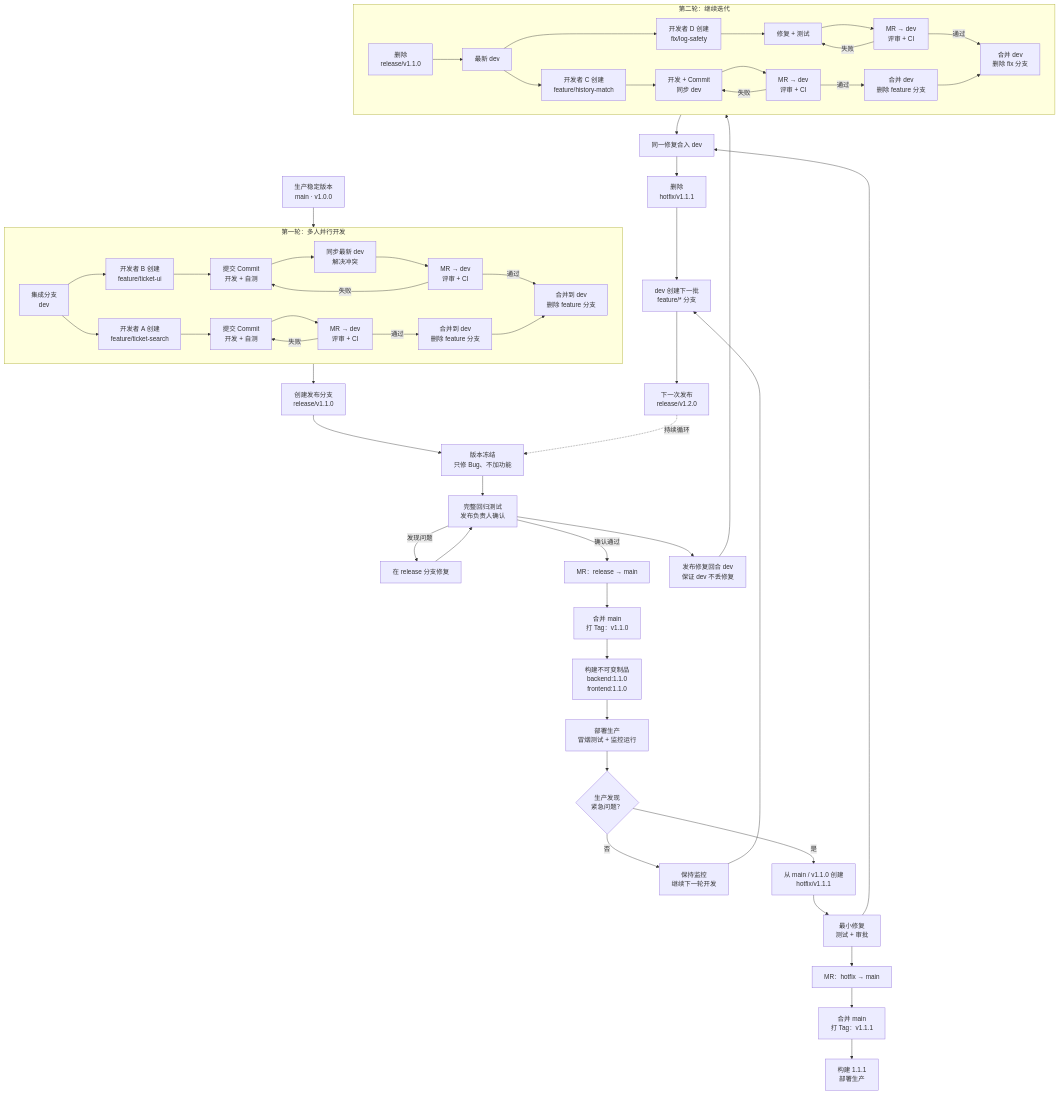
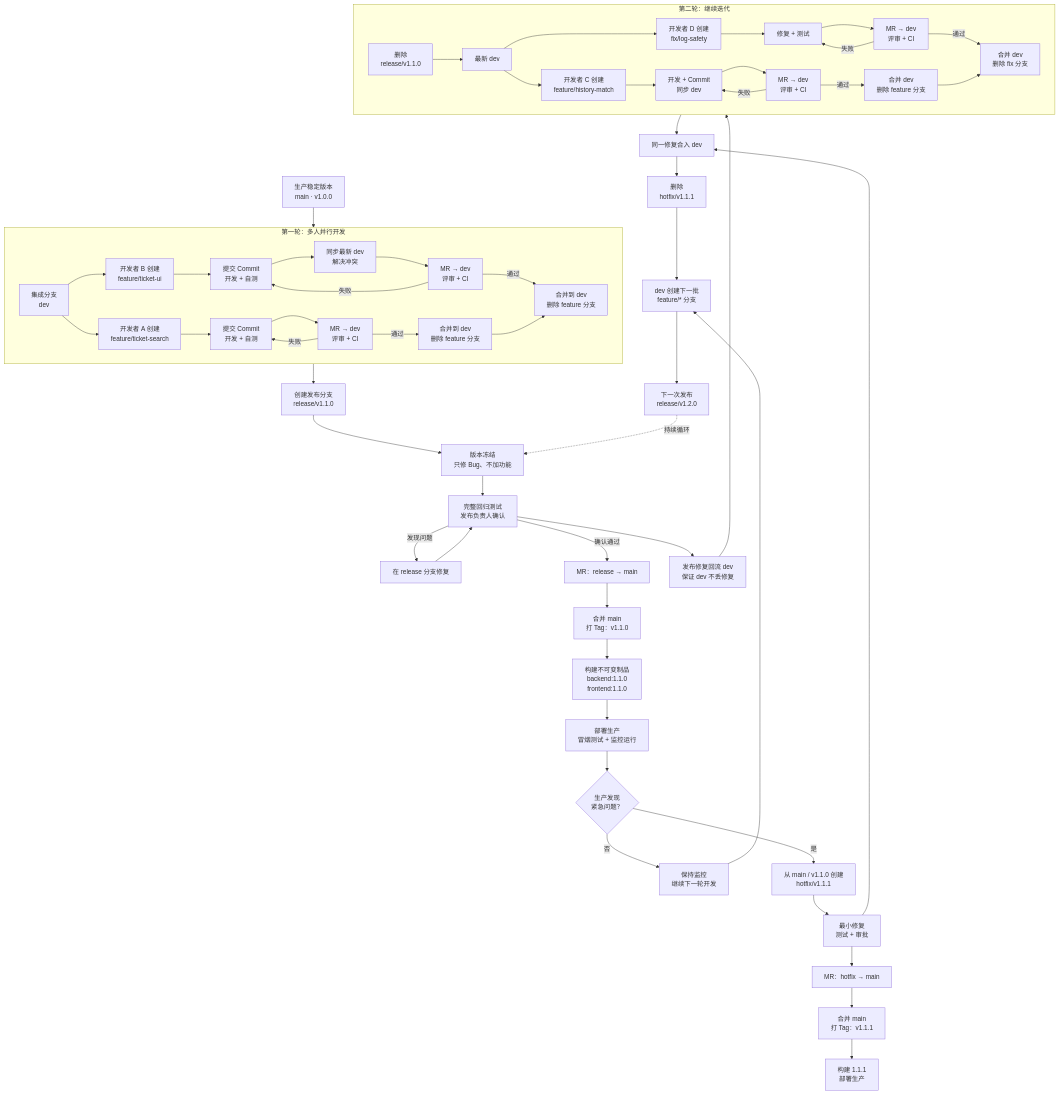
Before and after one commit to courage622/zkrd-dev-guides: the second of 2 diagrams in GITLAB_DEVELOPMENT_WORKFLOW.md, drawn with Mermaid. The commit also changed other lines of this file and 3 other files, not shown here.

````diff
--- a/GITLAB_DEVELOPMENT_WORKFLOW.md
+++ b/GITLAB_DEVELOPMENT_WORKFLOW.md
@@ -46,75 +98,75 @@
 ```mermaid
 flowchart TB
     START["生产稳定版本<br/>main · v1.0.0"] --> DEV0["集成分支<br/>dev"]
 
     subgraph CYCLE1["第一轮：多人并行开发"]
         direction LR
 
         DEV0 --> FA1["开发者 A 创建<br/>feature/ticket-search"]
         FA1 --> FA2["提交 Commit<br/>开发 + 自测"]
         FA2 --> MRA["MR → dev<br/>评审 + CI"]
         MRA -->|通过| DEV1["合并到 dev<br/>删除 feature 分支"]
         MRA -->|失败| FA2
 
         DEV0 --> FB1["开发者 B 创建<br/>feature/ticket-ui"]
         FB1 --> FB2["提交 Commit<br/>开发 + 自测"]
         FB2 --> SYNCB["同步最新 dev<br/>解决冲突"]
         SYNCB --> MRB["MR → dev<br/>评审 + CI"]
         MRB -->|通过| DEV2["合并到 dev<br/>删除 feature 分支"]
         MRB -->|失败| FB2
 
         DEV1 --> DEV2
     end
 
     DEV2 --> R1["创建发布分支<br/>release/v1.1.0"]
     R1 --> R2["版本冻结<br/>只修 Bug、不加功能"]
     R2 --> R3["完整回归测试<br/>发布负责人确认"]
 
     R3 -->|发现问题| RFIX["在 release 分支修复"]
     RFIX --> R3
 
     R3 -->|确认通过| MRM["MR：release → main"]
     MRM --> MAIN1["合并 main<br/>打 Tag：v1.1.0"]
     MAIN1 --> BUILD1["构建不可变制品<br/>backend:1.1.0<br/>frontend:1.1.0"]
     BUILD1 --> PROD1["部署生产<br/>冒烟测试 + 监控运行"]
 
-    R3 --> BACKDEV["发布修复回合 dev<br/>保证 dev 不丢修复"]
+    R3 --> BACKDEV["发布修复回流 dev<br/>保证 dev 不丢修复"]
     BACKDEV --> DELR["删除<br/>release/v1.1.0"]
 
     subgraph CYCLE2["第二轮：继续迭代"]
         direction LR
 
         DELR --> DEV3["最新 dev"]
         DEV3 --> FC1["开发者 C 创建<br/>feature/history-match"]
         FC1 --> FC2["开发 + Commit<br/>同步 dev"]
         FC2 --> MRC["MR → dev<br/>评审 + CI"]
         MRC -->|通过| DEV4["合并 dev<br/>删除 feature 分支"]
         MRC -->|失败| FC2
 
         DEV3 --> FD1["开发者 D 创建<br/>fix/log-safety"]
         FD1 --> FD2["修复 + 测试"]
         FD2 --> MRD["MR → dev<br/>评审 + CI"]
         MRD -->|通过| DEV5["合并 dev<br/>删除 fix 分支"]
         MRD -->|失败| FD2
 
         DEV4 --> DEV5
     end
 
     PROD1 --> BUG{"生产发现<br/>紧急问题？"}
 
     BUG -->|否| MONITOR["保持监控<br/>继续下一轮开发"]
     BUG -->|是| H1["从 main / v1.1.0 创建<br/>hotfix/v1.1.1"]
     H1 --> H2["最小修复<br/>测试 + 审批"]
     H2 --> MRM2["MR：hotfix → main"]
     MRM2 --> MAIN2["合并 main<br/>打 Tag：v1.1.1"]
     MAIN2 --> PROD2["构建 1.1.1<br/>部署生产"]
 
     H2 --> HOTBACK["同一修复合入 dev"]
     DEV5 --> HOTBACK
     HOTBACK --> DELH["删除<br/>hotfix/v1.1.1"]
 
     MONITOR --> NEXT["dev 创建下一批<br/>feature/* 分支"]
     DELH --> NEXT
     NEXT --> RELEASE2["下一次发布<br/>release/v1.2.0"]
     RELEASE2 -.持续循环.-> R2
 ```
````
